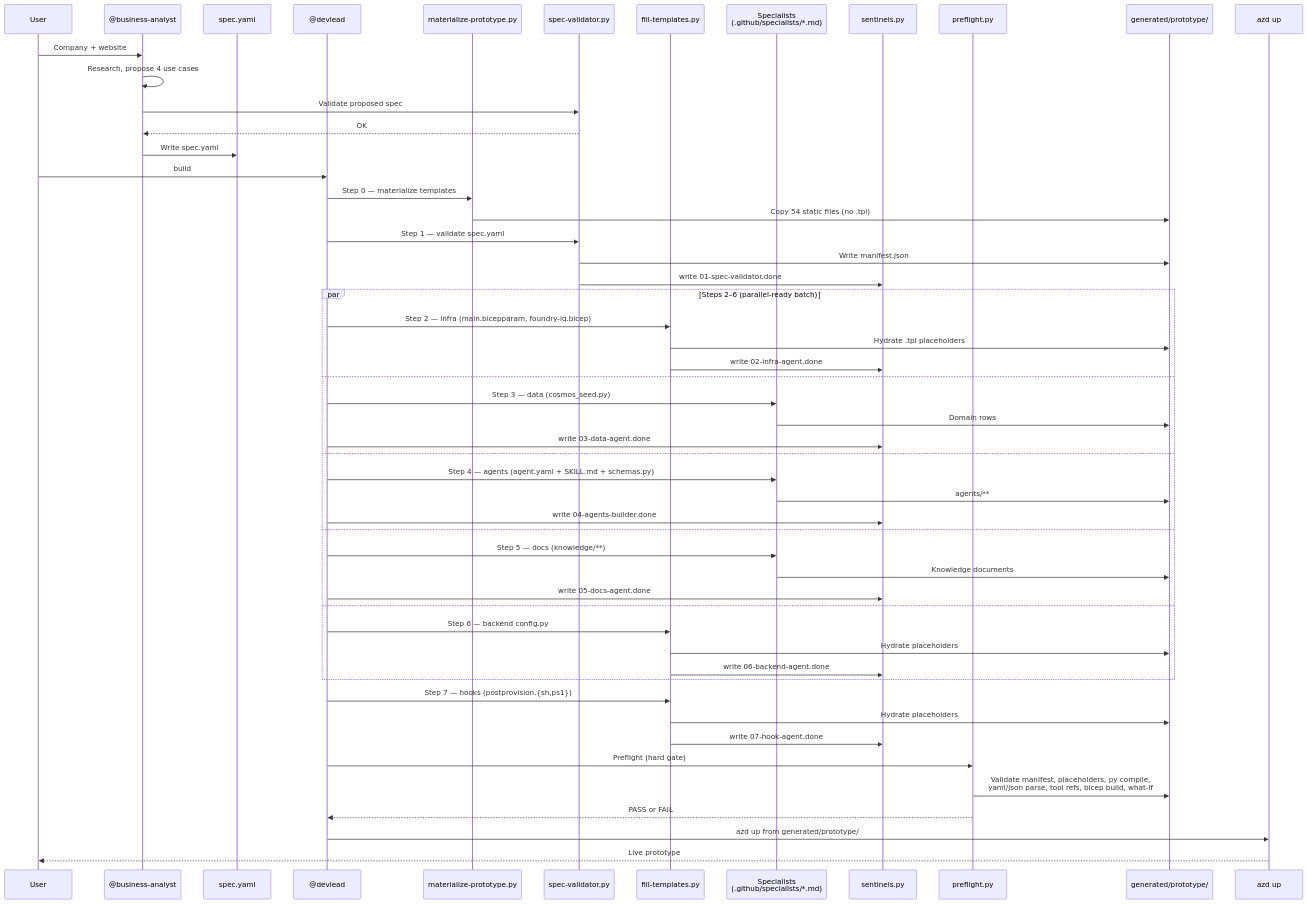
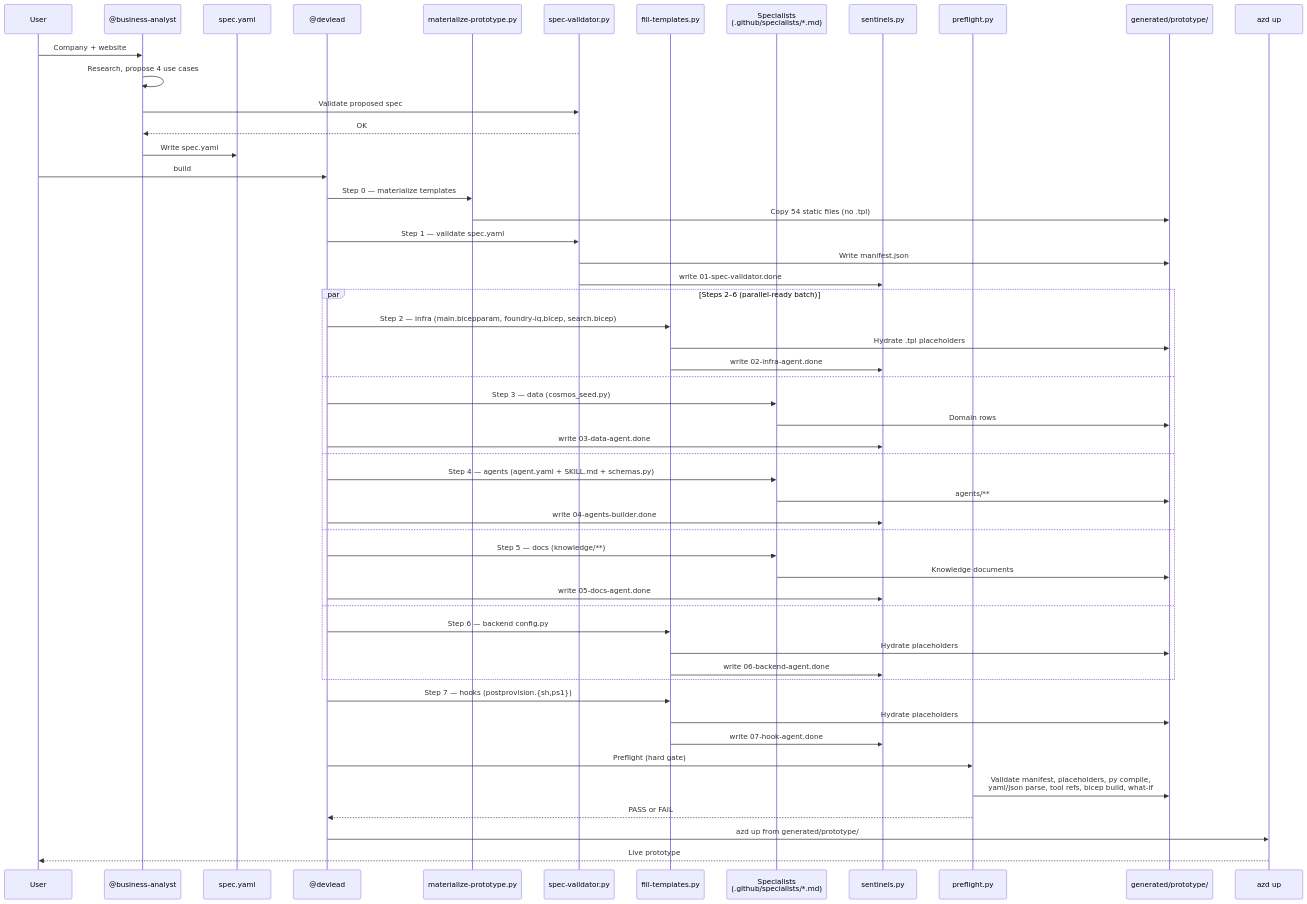
Before and after one commit to krishna-sunkavalli/ai-prototype-accelerator: the first of 2 diagrams in docs/accelerator-architecture.md, drawn with Mermaid. The commit also changed 5 other files, not shown here.

First line of the commit message:
Fix doc/specialist drift left by the search.bicep split

````diff
--- a/docs/accelerator-architecture.md
+++ b/docs/accelerator-architecture.md
@@ -20,61 +20,61 @@
 ```mermaid
 sequenceDiagram
     participant User
     participant BA as @business-analyst
     participant Spec as spec.yaml
     participant DL as @devlead
     participant Mat as materialize-prototype.py
     participant SV as spec-validator.py
     participant FT as fill-templates.py
     participant Specs as Specialists<br/>(.github/specialists/*.md)
     participant Sent as sentinels.py
     participant PF as preflight.py
     participant Out as generated/prototype/
     participant AZD as azd up
 
     User->>BA: Company + website
     BA->>BA: Research, propose 4 use cases
     BA->>SV: Validate proposed spec
     SV-->>BA: OK
     BA->>Spec: Write spec.yaml
 
     User->>DL: build
     DL->>Mat: Step 0 — materialize templates
     Mat->>Out: Copy 54 static files (no .tpl)
     DL->>SV: Step 1 — validate spec.yaml
     SV->>Out: Write manifest.json
     SV->>Sent: write 01-spec-validator.done
 
     par Steps 2–6 (parallel-ready batch)
-        DL->>FT: Step 2 — infra (main.bicepparam, foundry-iq.bicep)
+        DL->>FT: Step 2 — infra (main.bicepparam, foundry-iq.bicep, search.bicep)
         FT->>Out: Hydrate .tpl placeholders
         FT->>Sent: write 02-infra-agent.done
     and
         DL->>Specs: Step 3 — data (cosmos_seed.py)
         Specs->>Out: Domain rows
         DL->>Sent: write 03-data-agent.done
     and
         DL->>Specs: Step 4 — agents (agent.yaml + SKILL.md + schemas.py)
         Specs->>Out: agents/**
         DL->>Sent: write 04-agents-builder.done
     and
         DL->>Specs: Step 5 — docs (knowledge/**)
         Specs->>Out: Knowledge documents
         DL->>Sent: write 05-docs-agent.done
     and
         DL->>FT: Step 6 — backend config.py
         FT->>Out: Hydrate placeholders
         FT->>Sent: write 06-backend-agent.done
     end
 
     DL->>FT: Step 7 — hooks (postprovision.{sh,ps1})
     FT->>Out: Hydrate placeholders
     FT->>Sent: write 07-hook-agent.done
 
     DL->>PF: Preflight (hard gate)
     PF->>Out: Validate manifest, placeholders, py compile,<br/>yaml/json parse, tool refs, bicep build, what-if
     PF-->>DL: PASS or FAIL
 
     DL->>AZD: azd up from generated/prototype/
     AZD-->>User: Live prototype
 ```
````
